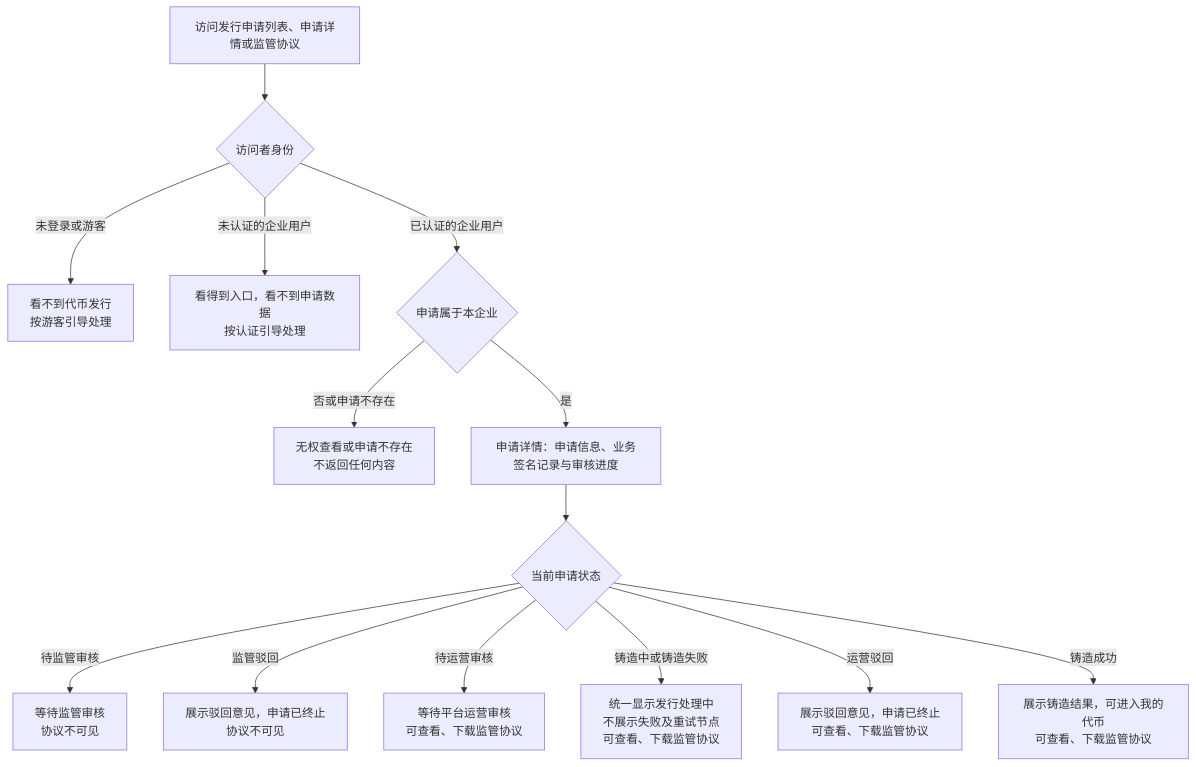
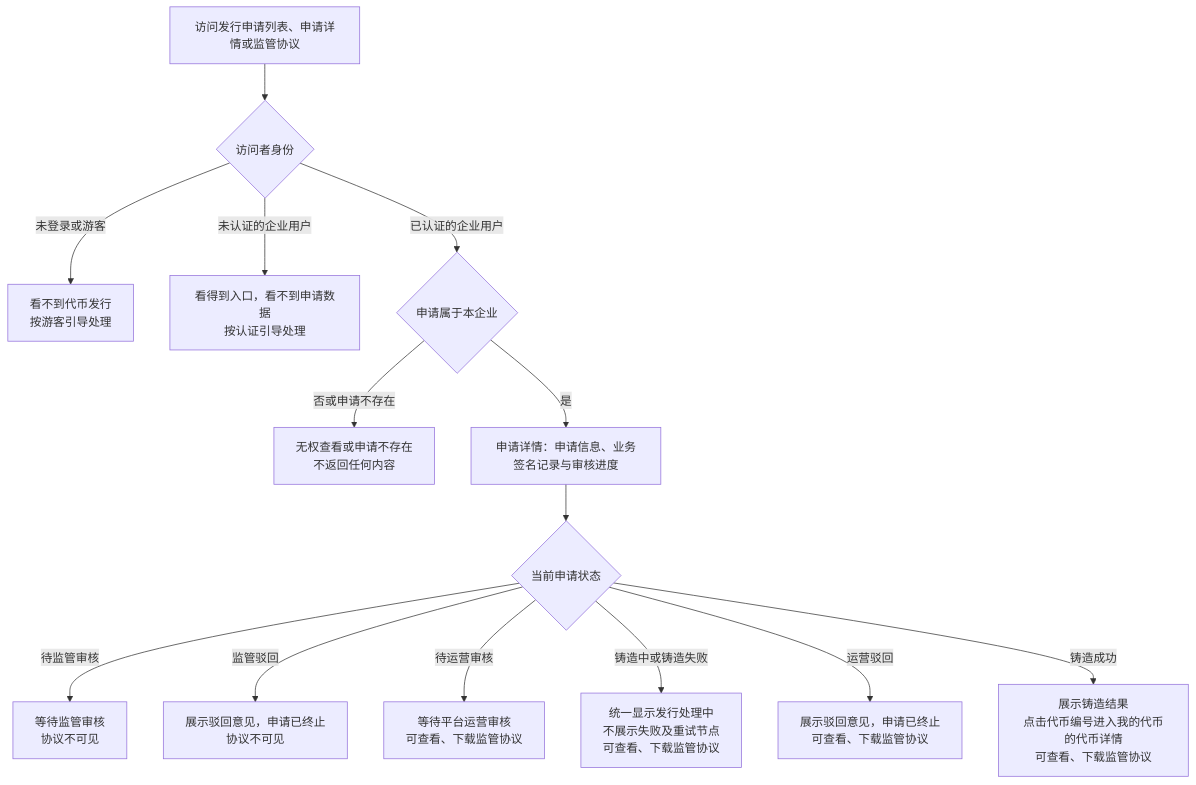
Before and after one commit to wxblockchain/Chain-Financing: the third of 3 diagrams in token-issuance-platform/PRD/面客端/M3a-代币发行-企业申请/02-代币发行-企业申请-流程图与状态机.md, drawn with Mermaid. The commit also changed other lines of this file and 32 other files, not shown here.

````diff
--- a/token-issuance-platform/PRD/面客端/M3a-代币发行-企业申请/02-代币发行-企业申请-流程图与状态机.md
+++ b/token-issuance-platform/PRD/面客端/M3a-代币发行-企业申请/02-代币发行-企业申请-流程图与状态机.md
@@ -76,16 +76,16 @@
 ```mermaid
 flowchart TD
     A[访问发行申请列表、申请详情或监管协议] --> B{访问者身份}
     B -->|未登录或游客| B1[看不到代币发行<br/>按游客引导处理]
     B -->|未认证的企业用户| B2[看得到入口，看不到申请数据<br/>按认证引导处理]
     B -->|已认证的企业用户| C{申请属于本企业}
     C -->|否或申请不存在| N[无权查看或申请不存在<br/>不返回任何内容]
     C -->|是| D[申请详情：申请信息、业务签名记录与审核进度]
     D --> E{当前申请状态}
     E -->|待监管审核| E1[等待监管审核<br/>协议不可见]
     E -->|监管驳回| E2[展示驳回意见，申请已终止<br/>协议不可见]
     E -->|待运营审核| E3[等待平台运营审核<br/>可查看、下载监管协议]
     E -->|铸造中或铸造失败| E6[统一显示发行处理中<br/>不展示失败及重试节点<br/>可查看、下载监管协议]
     E -->|运营驳回| E4[展示驳回意见，申请已终止<br/>可查看、下载监管协议]
-    E -->|铸造成功| E5[展示铸造结果，可进入我的代币<br/>可查看、下载监管协议]
+    E -->|铸造成功| E5[展示铸造结果<br/>点击代币编号进入我的代币的代币详情<br/>可查看、下载监管协议]
 ```
````
